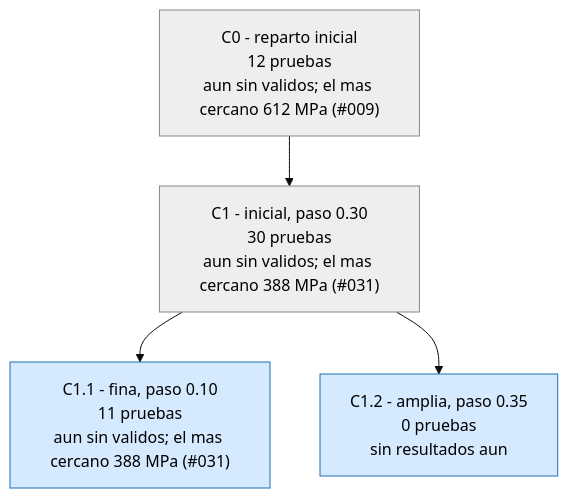
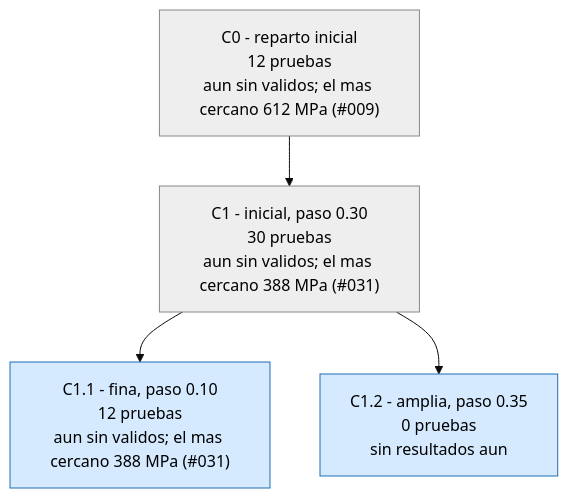
One commit to Hugiko/msd-soporte-optimizacion changed the third of 3 diagrams in runs/opt_37800N/ARBOL.md. Above: the diagram before and after it, drawn with Mermaid (base theme). The commit also changed 19 other files, not shown here.

````diff
--- a/runs/opt_37800N/ARBOL.md
+++ b/runs/opt_37800N/ARBOL.md
@@ -55,13 +55,13 @@
 ```mermaid
 graph TD
 classDef activa fill:#d6eaff,stroke:#1f6fb5,color:#000
 classDef fin fill:#eeeeee,stroke:#888,color:#000
 classDef mejor fill:#c8f0c0,stroke:#1a9850,stroke-width:4px,color:#000
 C0["C0 - reparto inicial<br/>12 pruebas<br/>aun sin validos; el mas cercano 612 MPa (#009)"]:::fin
 C1["C1 - inicial, paso 0.30<br/>30 pruebas<br/>aun sin validos; el mas cercano 388 MPa (#031)"]:::fin
 C0 --> C1
-C1_1["C1.1 - fina, paso 0.10<br/>11 pruebas<br/>aun sin validos; el mas cercano 388 MPa (#031)"]:::activa
+C1_1["C1.1 - fina, paso 0.10<br/>12 pruebas<br/>aun sin validos; el mas cercano 388 MPa (#031)"]:::activa
 C1 --> C1_1
 C1_2["C1.2 - amplia, paso 0.35<br/>0 pruebas<br/>sin resultados aun"]:::activa
 C1 --> C1_2
 ```
````
